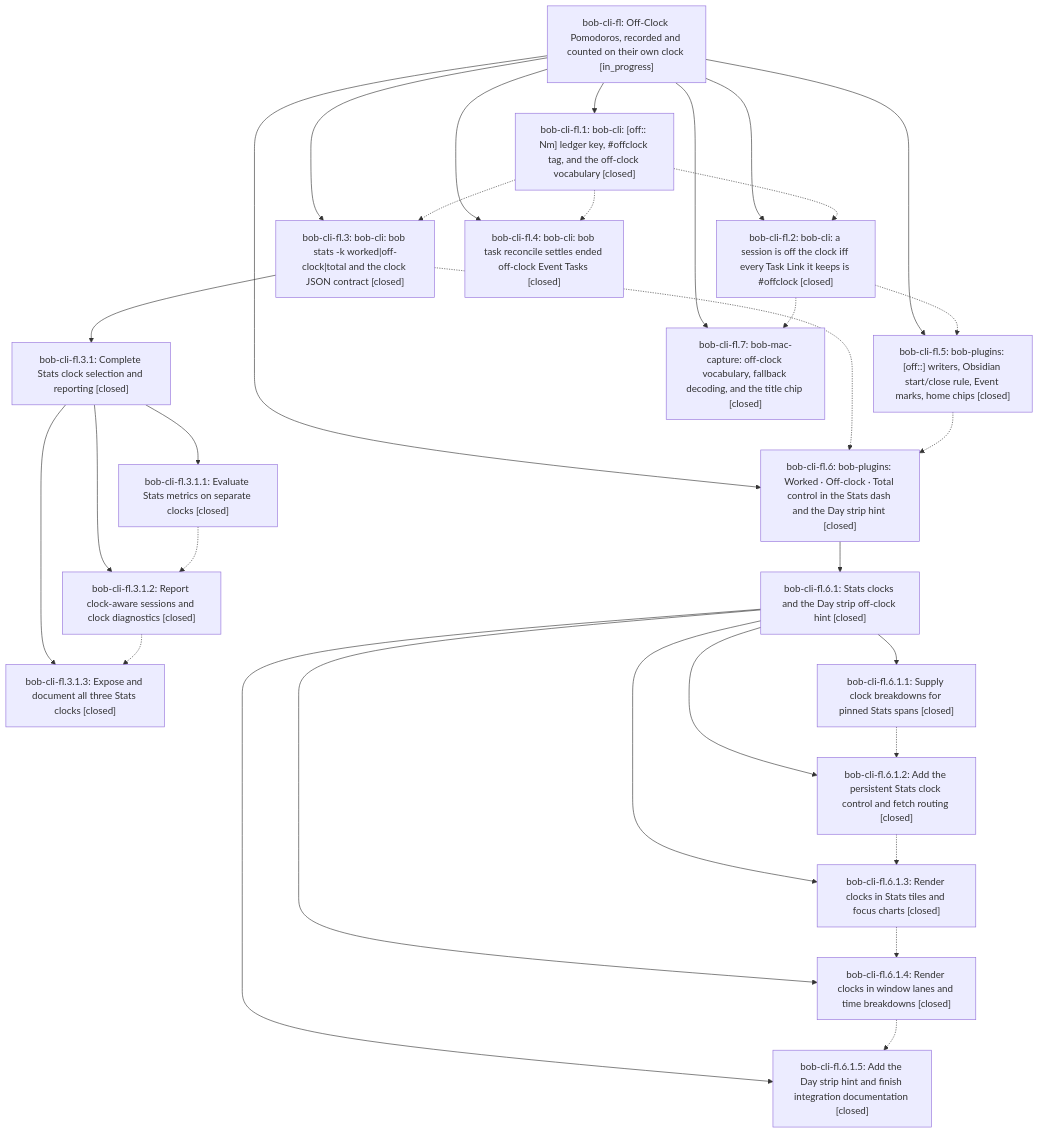
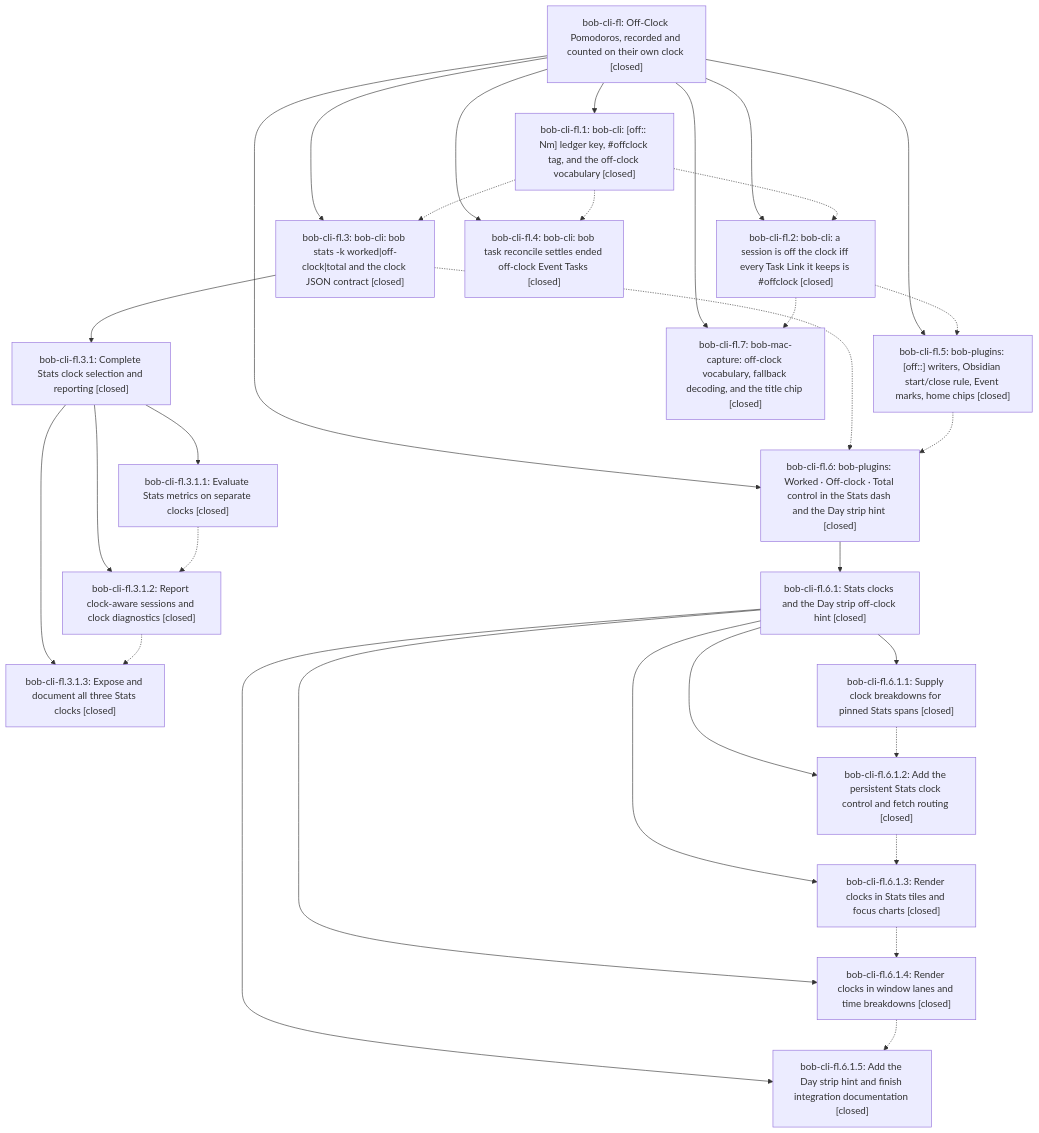
Before and after one commit to bobs-org/bob-cli--beads: the diagram in pages/bob-cli-fl/README.md, drawn with Mermaid. The commit also changed other lines of this file and 2 other files, not shown here.

First line of the commit message:
chore(beads): sync bead state and pages for bob-cli-fl

````diff
--- a/pages/bob-cli-fl/README.md
+++ b/pages/bob-cli-fl/README.md
@@ -42,51 +67,51 @@
 ```mermaid
 flowchart TD
-    n0["bob-cli-fl: Off-Clock Pomodoros, recorded and counted on their own clock [in_progress]"]
+    n0["bob-cli-fl: Off-Clock Pomodoros, recorded and counted on their own clock [closed]"]
     n1["bob-cli-fl.1: bob-cli: [off:: Nm] ledger key, #offclock tag, and the off-clock vocabulary [closed]"]
     n2["bob-cli-fl.2: bob-cli: a session is off the clock iff every Task Link it keeps is #offclock [closed]"]
     n3["bob-cli-fl.3: bob-cli: bob stats -k worked|off-clock|total and the clock JSON contract [closed]"]
     n4["bob-cli-fl.3.1: Complete Stats clock selection and reporting [closed]"]
     n5["bob-cli-fl.3.1.1: Evaluate Stats metrics on separate clocks [closed]"]
     n6["bob-cli-fl.3.1.2: Report clock-aware sessions and clock diagnostics [closed]"]
     n7["bob-cli-fl.3.1.3: Expose and document all three Stats clocks [closed]"]
     n8["bob-cli-fl.4: bob-cli: bob task reconcile settles ended off-clock Event Tasks [closed]"]
     n9["bob-cli-fl.5: bob-plugins: [off::] writers, Obsidian start/close rule, Event marks, home chips [closed]"]
     n10["bob-cli-fl.6: bob-plugins: Worked · Off-clock · Total control in the Stats dash and the Day strip hint [closed]"]
     n11["bob-cli-fl.6.1: Stats clocks and the Day strip off-clock hint [closed]"]
     n12["bob-cli-fl.6.1.1: Supply clock breakdowns for pinned Stats spans [closed]"]
     n13["bob-cli-fl.6.1.2: Add the persistent Stats clock control and fetch routing [closed]"]
     n14["bob-cli-fl.6.1.3: Render clocks in Stats tiles and focus charts [closed]"]
     n15["bob-cli-fl.6.1.4: Render clocks in window lanes and time breakdowns [closed]"]
     n16["bob-cli-fl.6.1.5: Add the Day strip hint and finish integration documentation [closed]"]
     n17["bob-cli-fl.7: bob-mac-capture: off-clock vocabulary, fallback decoding, and the title chip [closed]"]
     n0 --> n1
     n0 --> n2
     n0 --> n3
     n3 --> n4
     n4 --> n5
     n4 --> n6
     n4 --> n7
     n0 --> n8
     n0 --> n9
     n0 --> n10
     n10 --> n11
     n11 --> n12
     n11 --> n13
     n11 --> n14
     n11 --> n15
     n11 --> n16
     n0 --> n17
     n1 -.-> n2
     n1 -.-> n3
     n1 -.-> n8
     n2 -.-> n9
     n2 -.-> n17
     n3 -.-> n10
     n5 -.-> n6
     n6 -.-> n7
     n9 -.-> n10
     n12 -.-> n13
     n13 -.-> n14
     n14 -.-> n15
     n15 -.-> n16
 ```
````
